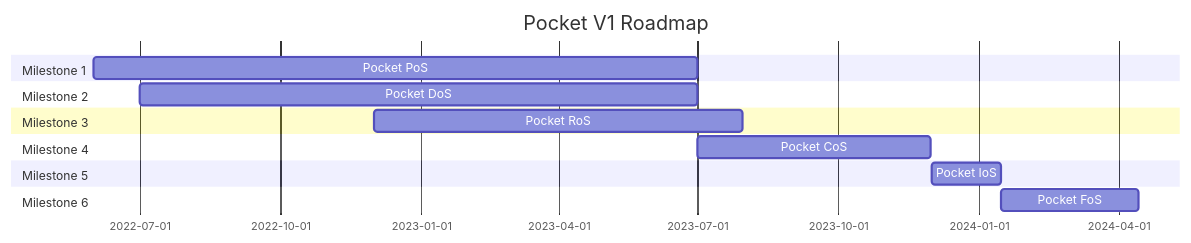
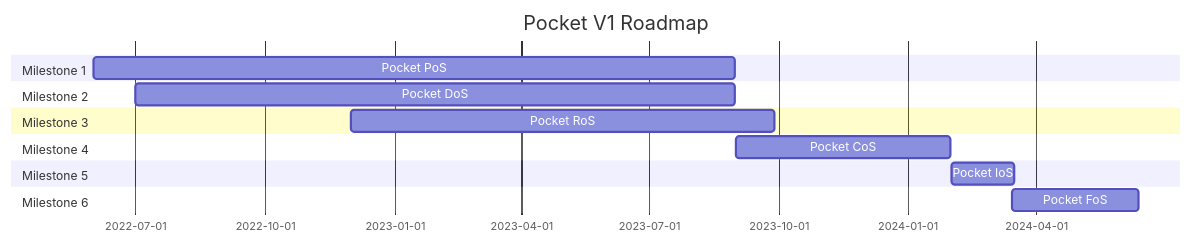
One commit to pokt-network/pocket changed the diagram in docs/roadmap/README.md. Above: the diagram before and after it, drawn with Mermaid.

Commit message:
Update roadmap readme.md timelines
Adjusted testnet delivery date to 09/01/2023 to reflect results of Q1 development and Q2 planning. All other timelines updated in accordance.

````diff
--- a/docs/roadmap/README.md
+++ b/docs/roadmap/README.md
@@ -30,17 +30,17 @@
 ```mermaid
 gantt
     title Pocket V1 Roadmap
     dateFormat  YYYY-MM-DD
     section Milestone 1
-      Pocket PoS       :a1, 2022-06-01, 395d
+      Pocket PoS       :a1, 2022-06-01, 456d
     section Milestone 2
-        Pocket DoS       :a1, 2022-07-01, 365d
+        Pocket DoS       :a1, 2022-07-01, 426d
     section Milestone 3
-        Pocket RoS       :a1, 2022-12-01, 241d
+        Pocket RoS       :a1, 2022-12-01, 301d
     section Milestone 4
-        Pocket CoS       :a1, 2023-07-01, 152d
+        Pocket CoS       :a1, 2023-09-01, 152d
     section Milestone 5
-        Pocket IoS       :a1, 2023-12-01, 45d
+        Pocket IoS       :a1, 2024-02-01, 45d
     section Milestone 6
-        Pocket FoS       :a1, 2024-01-15, 90d
+        Pocket FoS       :a1, 2024-03-15, 90d
 ```
````
